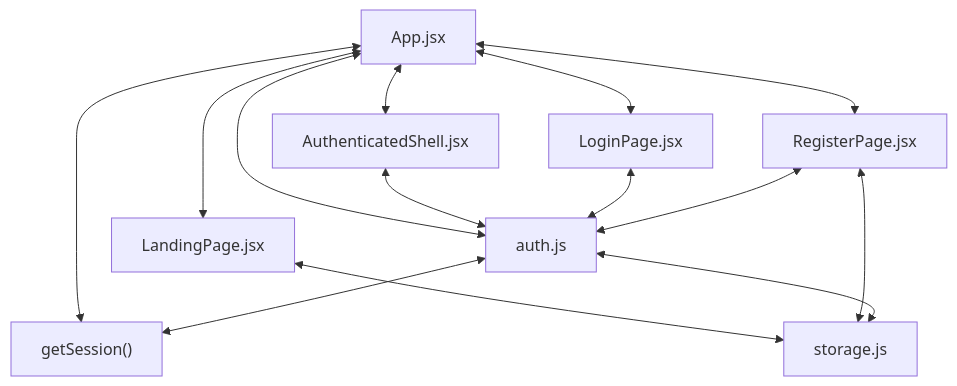
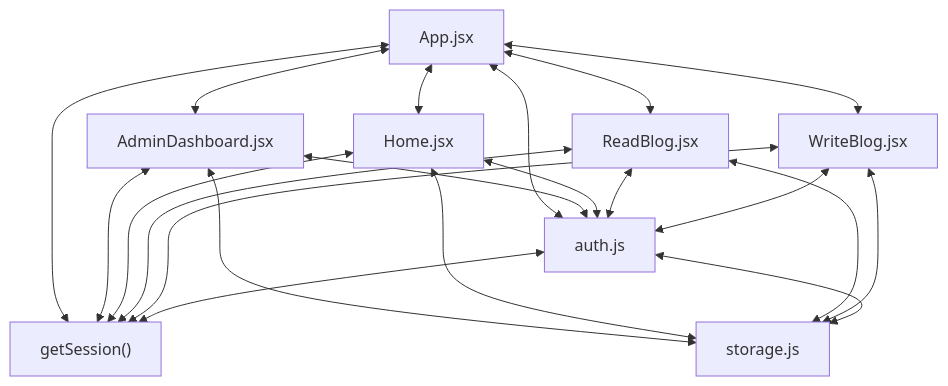
Before and after one commit to tcs-sdlc-ai-assist/t011gsu2irpr9000103092607263432: the diagram in graphify-out/GRAPH_REPORT.md, drawn with Mermaid. The commit also changed other lines of this file and 65 other files, not shown here.

````diff
--- a/graphify-out/GRAPH_REPORT.md
+++ b/graphify-out/GRAPH_REPORT.md
@@ -43,24 +43,31 @@
 ```mermaid
 flowchart TD
     frontend_src_app["App.jsx"]
     frontend_src_utils_auth["auth.js"]
     frontend_src_utils_storage["storage.js"]
-    frontend_src_pages_landingpage["LandingPage.jsx"]
-    frontend_src_pages_registerpage["RegisterPage.jsx"]
-    frontend_src_pages_loginpage["LoginPage.jsx"]
     frontend_src_utils_auth_getsession["getSession()"]
-    frontend_src_components_authenticatedshell["AuthenticatedShell.jsx"]
-    frontend_src_app <--> frontend_src_components_authenticatedshell
-    frontend_src_app <--> frontend_src_pages_landingpage
-    frontend_src_app <--> frontend_src_pages_loginpage
-    frontend_src_app <--> frontend_src_pages_registerpage
+    frontend_src_pages_home["Home.jsx"]
+    frontend_src_pages_admindashboard["AdminDashboard.jsx"]
+    frontend_src_pages_readblog["ReadBlog.jsx"]
+    frontend_src_pages_writeblog["WriteBlog.jsx"]
+    frontend_src_app <--> frontend_src_pages_admindashboard
+    frontend_src_app <--> frontend_src_pages_home
+    frontend_src_app <--> frontend_src_pages_readblog
+    frontend_src_app <--> frontend_src_pages_writeblog
     frontend_src_app <--> frontend_src_utils_auth
     frontend_src_app <--> frontend_src_utils_auth_getsession
-    frontend_src_components_authenticatedshell <--> frontend_src_utils_auth
-    frontend_src_pages_landingpage <--> frontend_src_utils_storage
-    frontend_src_pages_loginpage <--> frontend_src_utils_auth
-    frontend_src_pages_registerpage <--> frontend_src_utils_auth
-    frontend_src_pages_registerpage <--> frontend_src_utils_storage
+    frontend_src_pages_admindashboard <--> frontend_src_utils_auth
+    frontend_src_pages_admindashboard <--> frontend_src_utils_auth_getsession
+    frontend_src_pages_admindashboard <--> frontend_src_utils_storage
+    frontend_src_pages_home <--> frontend_src_utils_auth
+    frontend_src_pages_home <--> frontend_src_utils_auth_getsession
+    frontend_src_pages_home <--> frontend_src_utils_storage
+    frontend_src_pages_readblog <--> frontend_src_utils_auth
+    frontend_src_pages_readblog <--> frontend_src_utils_auth_getsession
+    frontend_src_pages_readblog <--> frontend_src_utils_storage
+    frontend_src_pages_writeblog <--> frontend_src_utils_auth
+    frontend_src_pages_writeblog <--> frontend_src_utils_auth_getsession
+    frontend_src_pages_writeblog <--> frontend_src_utils_storage
     frontend_src_utils_auth <--> frontend_src_utils_auth_getsession
     frontend_src_utils_auth <--> frontend_src_utils_storage
 ```
````
